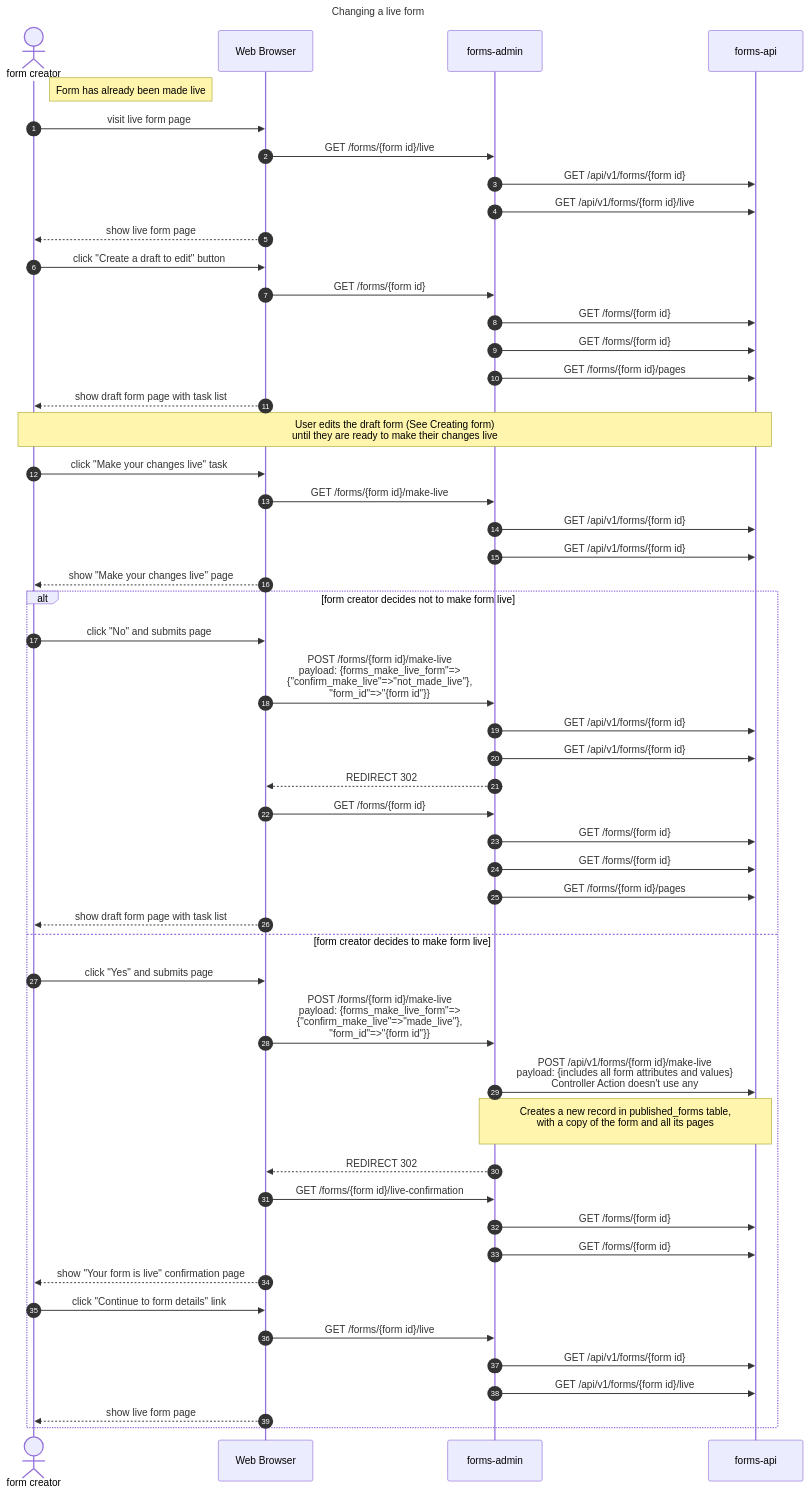
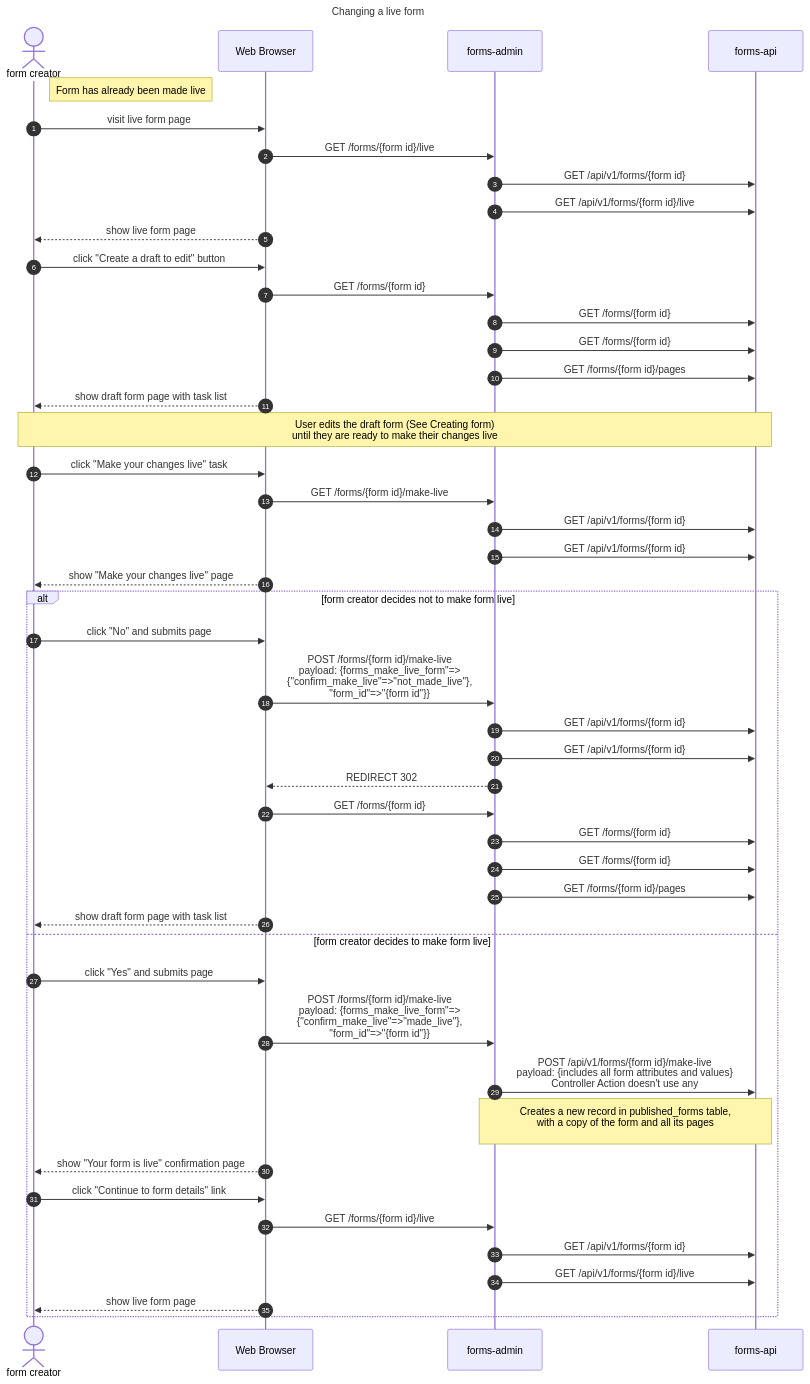
Before and after one commit to alphagov/forms: the diagram in diagrams/sequence-diagrams/changing-a-form.md, drawn with Mermaid. The commit also changed 1 other file, not shown here.

Commit message:
Update for forms-admin PR #331
Updates the sequence diagrams to include the changes from PR
alphagov/forms-admin#331, which removes the
`/forms/{form-id}/live-confirmation` endpoint and the redirect to that
page in favour of immediately rendering the confirmation page.

````diff
--- a/diagrams/sequence-diagrams/changing-a-form.md
+++ b/diagrams/sequence-diagrams/changing-a-form.md
@@ -3,61 +3,57 @@
 ```mermaid 
 %%{init:{"sequence": { "showSequenceNumbers": true }}}%%
 sequenceDiagram
   title Changing a live form
   actor user as form creator
   participant browser as Web Browser
   participant admin as forms-admin
   link admin: GitHub repo @ https://github.com/alphagov/forms-admin   
   participant api as forms-api
   link api: GitHub repo @ https://github.com/alphagov/forms-api 
 
   note right of user: Form has already been made live
 
   user->>browser: visit live form page
   browser->>admin: GET /forms/{form id}/live
   admin->>api: GET /api/v1/forms/{form id}
   admin->>api: GET /api/v1/forms/{form id}/live
   browser-->>user: show live form page
   
   user->>browser: click "Create a draft to edit" button
   browser->>admin: GET /forms/{form id}
   admin->>api: GET /forms/{form id}
   admin->>api: GET /forms/{form id}
   admin->>api: GET /forms/{form id}/pages
   browser-->>user: show draft form page with task list
   
   note over user,api: User edits the draft form (See Creating form)<br>until they are ready to make their changes live
 
   user->>browser: click "Make your changes live" task
   browser->>admin: GET /forms/{form id}/make-live
   admin->>api: GET /api/v1/forms/{form id}
   admin->>api: GET /api/v1/forms/{form id}
   browser-->>user: show "Make your changes live" page
   alt form creator decides not to make form live
     user->>browser: click "No" and submits page
     browser->>admin: POST /forms/{form id}/make-live<br>payload: {forms_make_live_form"=><br>{"confirm_make_live"=>"not_made_live"},<br>"form_id"=>"{form id"}}
     admin->>api: GET /api/v1/forms/{form id}
     admin->>api: GET /api/v1/forms/{form id}
     admin-->>browser: REDIRECT 302
     browser->>admin: GET /forms/{form id}
     admin->>api: GET /forms/{form id}
     admin->>api: GET /forms/{form id}
     admin->>api: GET /forms/{form id}/pages
     browser-->>user: show draft form page with task list
   else form creator decides to make form live
     user->>browser: click "Yes" and submits page
     browser->>admin: POST /forms/{form id}/make-live<br>payload: {forms_make_live_form"=><br>{"confirm_make_live"=>"made_live"},<br>"form_id"=>"{form id"}}
     admin->>api: POST /api/v1/forms/{form id}/make-live<br>payload: {includes all form attributes and values}<br>Controller Action doesn't use any
     note over admin,api: Creates a new record in published_forms table,<br>with a copy of the form and all its pages<br>
-    admin-->>browser: REDIRECT 302 
-    browser->>admin: GET /forms/{form id}/live-confirmation
-    admin->>api: GET /forms/{form id}
-    admin->>api: GET /forms/{form id}
     browser-->>user: show "Your form is live" confirmation page
     user->>browser: click "Continue to form details" link
     browser->>admin: GET /forms/{form id}/live
     admin->>api: GET /api/v1/forms/{form id}
     admin->>api: GET /api/v1/forms/{form id}/live
     browser-->>user: show live form page
   end
 ```
````
